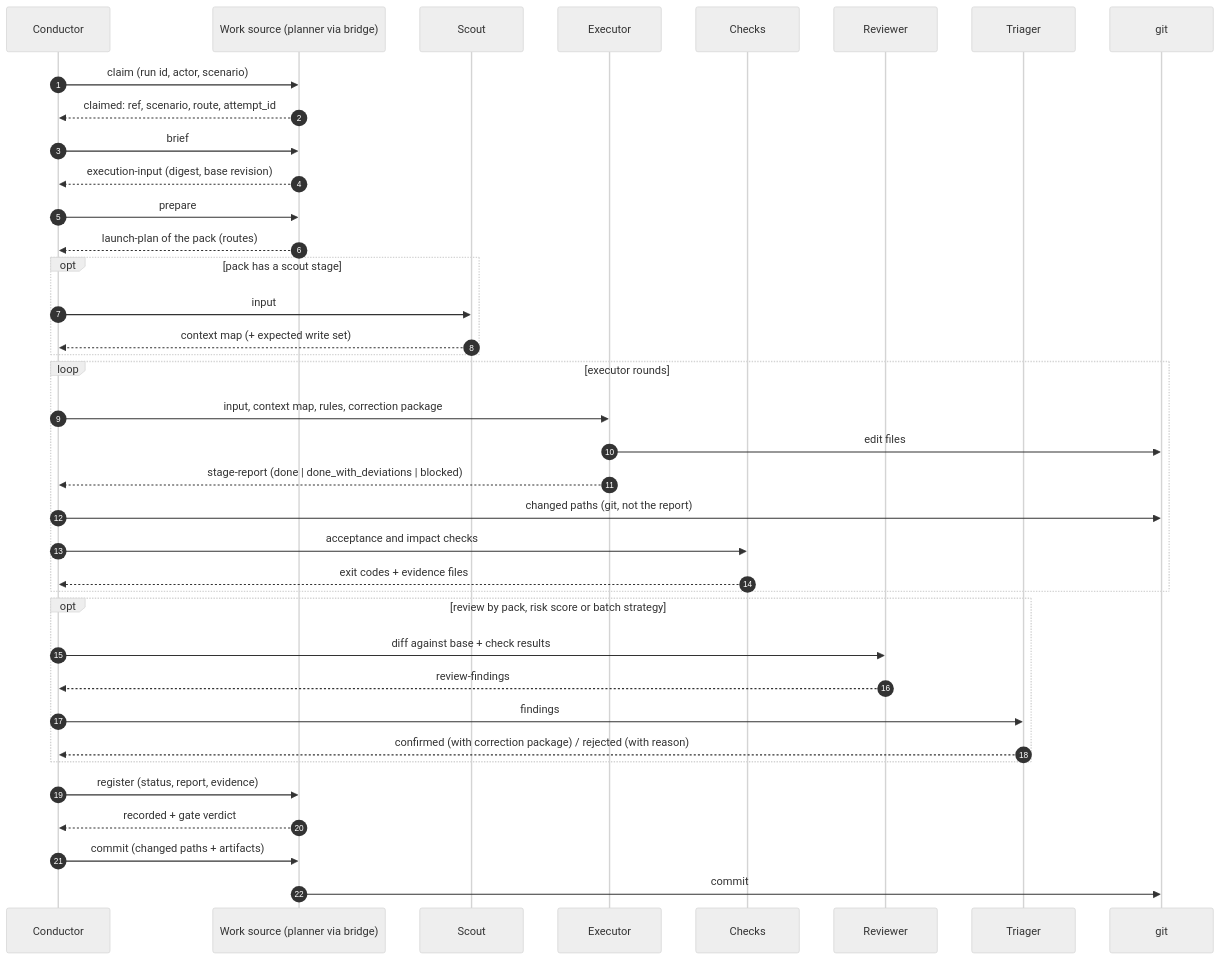
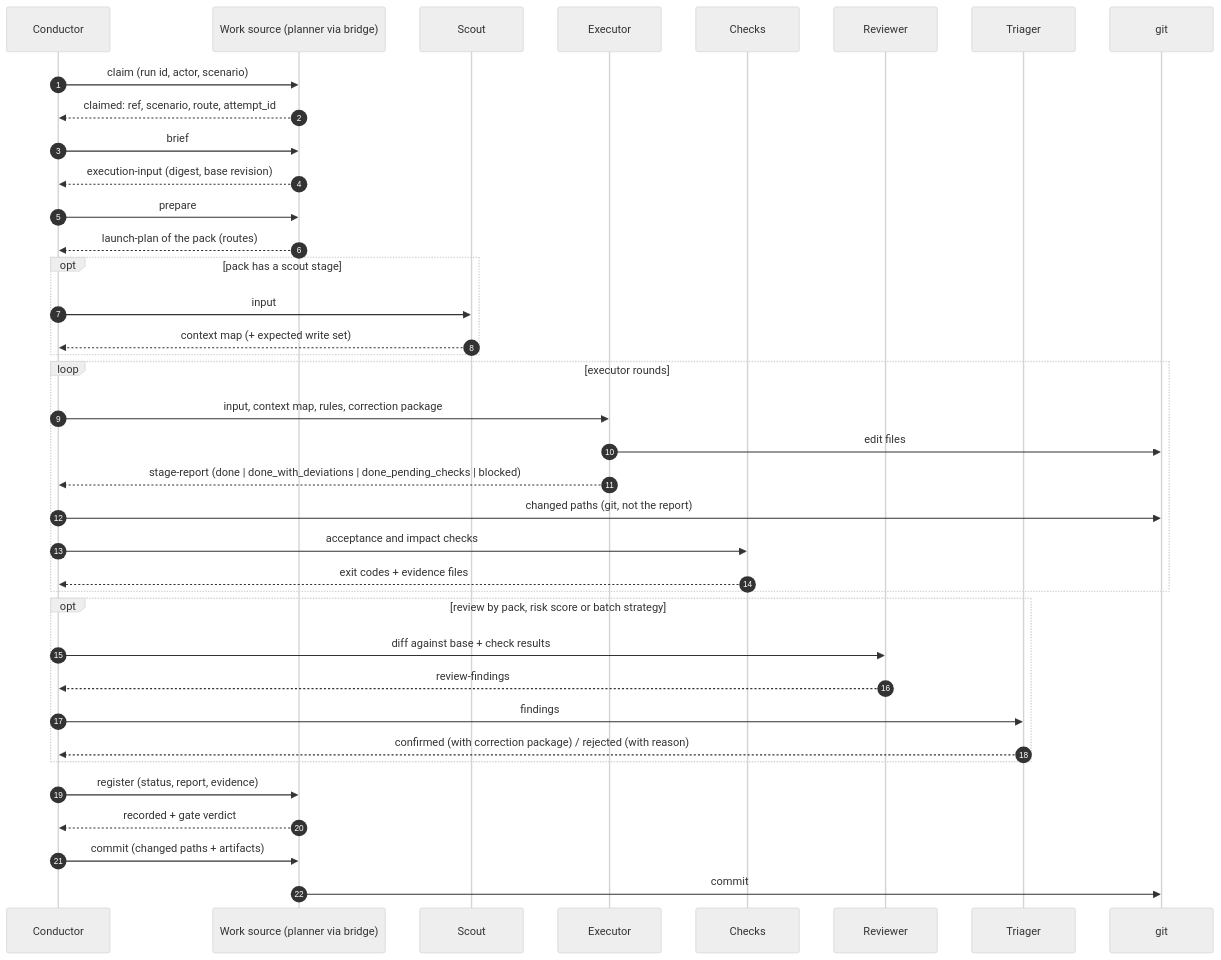
One commit to academici/swissknifeman changed the second of 11 diagrams in packages/orch/docs/flows.md. Above: the diagram before and after it, drawn with Mermaid (neutral theme). The commit also changed 16 other files, not shown here.

First line of the commit message:
fix(orch): статус исхода done_pending_checks — пункт закрывается по результатам checks, а не по blocked (P4, раздел 6.1.B отчёта)

````diff
--- a/packages/orch/docs/flows.md
+++ b/packages/orch/docs/flows.md
@@ -50,41 +50,41 @@
 ```mermaid
 sequenceDiagram
   autonumber
   participant C as Conductor
   participant W as Work source (planner via bridge)
   participant S as Scout
   participant E as Executor
   participant K as Checks
   participant R as Reviewer
   participant T as Triager
   participant G as git
 
   C->>W: claim (run id, actor, scenario)
   W-->>C: claimed: ref, scenario, route, attempt_id
   C->>W: brief
   W-->>C: execution-input (digest, base revision)
   C->>W: prepare
   W-->>C: launch-plan of the pack (routes)
   opt pack has a scout stage
     C->>S: input
     S-->>C: context map (+ expected write set)
   end
   loop executor rounds
     C->>E: input, context map, rules, correction package
     E->>G: edit files
-    E-->>C: stage-report (done | done_with_deviations | blocked)
+    E-->>C: stage-report (done | done_with_deviations | done_pending_checks | blocked)
     C->>G: changed paths (git, not the report)
     C->>K: acceptance and impact checks
     K-->>C: exit codes + evidence files
   end
   opt review by pack, risk score or batch strategy
     C->>R: diff against base + check results
     R-->>C: review-findings
     C->>T: findings
     T-->>C: confirmed (with correction package) / rejected (with reason)
   end
   C->>W: register (status, report, evidence)
   W-->>C: recorded + gate verdict
   C->>W: commit (changed paths + artifacts)
   W->>G: commit
 ```
````
